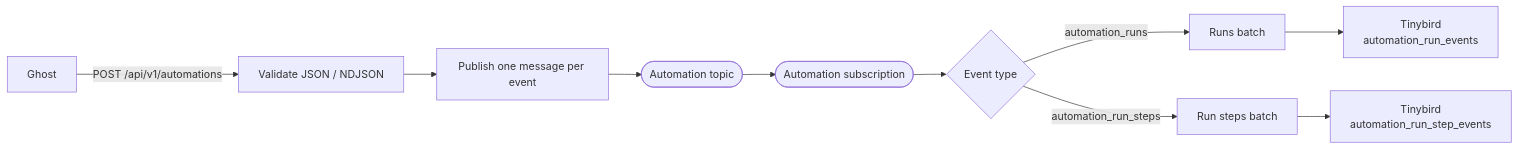
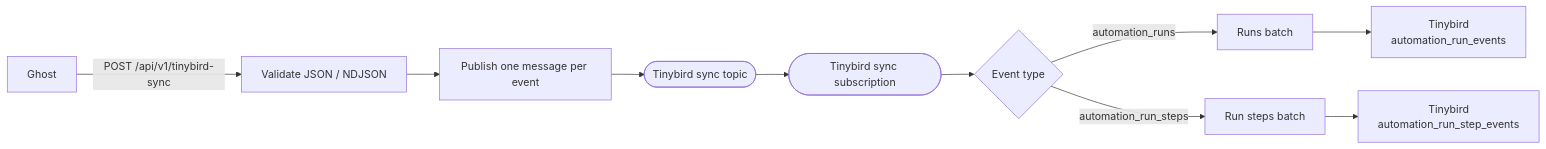
Before and after one commit to TryGhost/TrafficAnalytics: the second of 2 diagrams in docs/architecture.md, drawn with Mermaid. The commit also changed other lines of this file and 27 other files, not shown here.

````diff
--- a/docs/architecture.md
+++ b/docs/architecture.md
@@ -60,12 +60,12 @@
 ```mermaid
 flowchart LR
-    Ghost["Ghost"] -->|"POST /api/v1/automations"| Validate["Validate JSON / NDJSON"]
+    Ghost["Ghost"] -->|"POST /api/v1/tinybird-sync"| Validate["Validate JSON / NDJSON"]
     Validate --> Publish["Publish one message per event"]
-    Publish --> Topic(["Automation topic"])
-    Topic --> Sub(["Automation subscription"])
+    Publish --> Topic(["Tinybird sync topic"])
+    Topic --> Sub(["Tinybird sync subscription"])
     Sub --> Route{"Event type"}
     Route -->|"automation_runs"| Runs["Runs batch"]
     Route -->|"automation_run_steps"| Steps["Run steps batch"]
     Runs --> RunsTB["Tinybird<br/>automation_run_events"]
     Steps --> StepsTB["Tinybird<br/>automation_run_step_events"]
 ```
````
